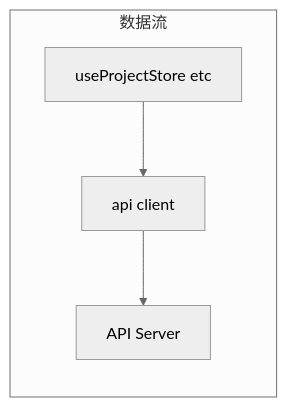
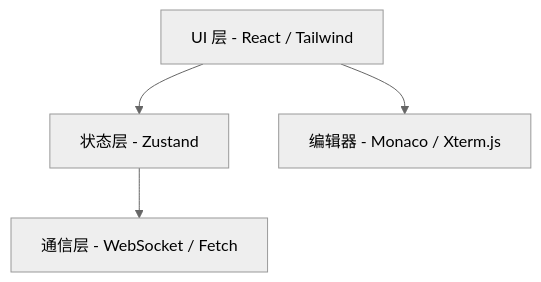
One commit to AruNi-01/atmos changed the diagram in .atmos/wiki/deep-dive/frontend/index.md. Above: the diagram before and after it, drawn with Mermaid (neutral theme). The commit also changed other lines of this file and 49 other files, not shown here.

````diff
--- a/.atmos/wiki/deep-dive/frontend/index.md
+++ b/.atmos/wiki/deep-dive/frontend/index.md
@@ -55,10 +30,6 @@
 ```mermaid
-flowchart LR
-    subgraph 数据流
-        Store[useProjectStore etc]
-        Api[api client]
-        Backend[API Server]
-    end
-
-    Store --> Api --> Backend
+graph TD
+    UI[UI 层 - React / Tailwind] --> Store[状态层 - Zustand]
+    Store --> API[通信层 - WebSocket / Fetch]
+    UI --> Editor[编辑器 - Monaco / Xterm.js]
 ```
````
